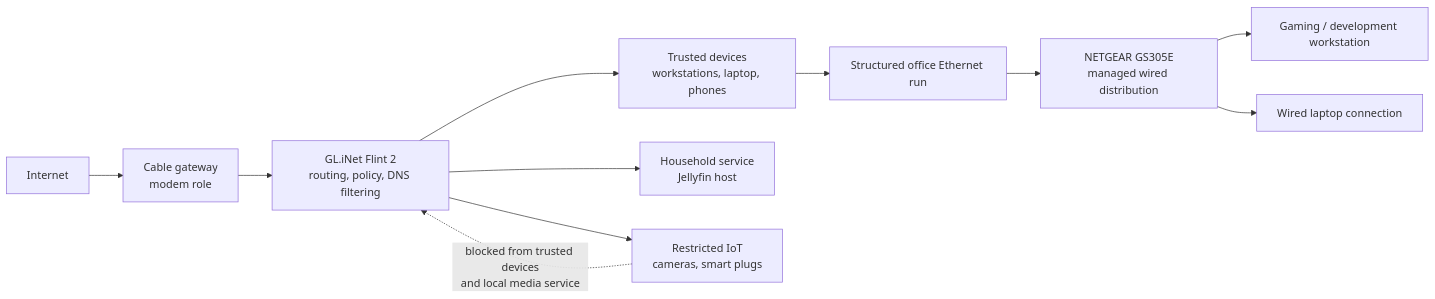
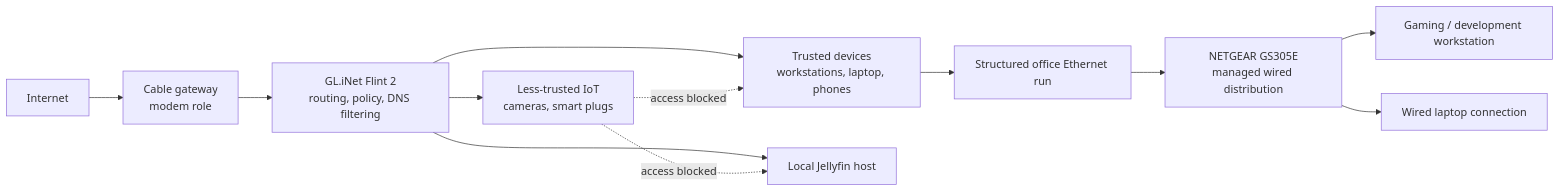
The diagram in projects/segmented-home-network/README.md (valentinojosh/systems-lab), drawn with Mermaid before and after one commit. The commit also changed other lines of this file and 10 other files, not shown here.

````diff
--- a/projects/segmented-home-network/README.md
+++ b/projects/segmented-home-network/README.md
@@ -25,13 +25,14 @@
 ```mermaid
 flowchart LR
     Internet["Internet"] --> Modem["Cable gateway<br/>modem role"]
     Modem --> Gateway["GL.iNet Flint 2<br/>routing, policy, DNS filtering"]
     Gateway --> Trusted["Trusted devices<br/>workstations, laptop, phones"]
-    Gateway --> Services["Household service<br/>Jellyfin host"]
-    Gateway --> Restricted["Restricted IoT<br/>cameras, smart plugs"]
+    Gateway --> Media["Local Jellyfin host"]
+    Gateway --> Restricted["Less-trusted IoT<br/>cameras, smart plugs"]
     Trusted --> OfficeRun["Structured office Ethernet run"]
     OfficeRun --> Switch["NETGEAR GS305E<br/>managed wired distribution"]
     Switch --> Workstation["Gaming / development workstation"]
     Switch --> Laptop["Wired laptop connection"]
-    Restricted -. "blocked from trusted devices<br/>and local media service" .-> Gateway
+    Restricted -. "access blocked" .-> Trusted
+    Restricted -. "access blocked" .-> Media
 ```
````
